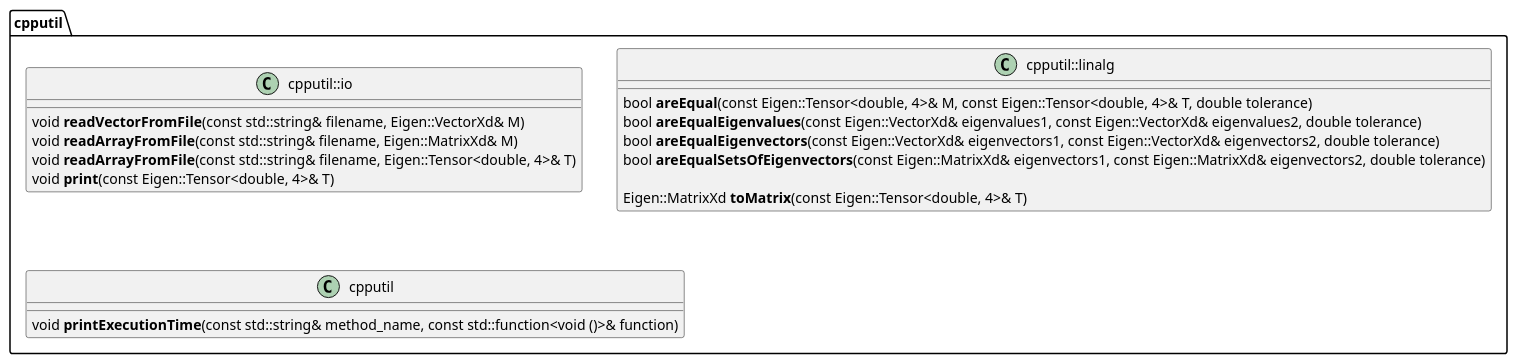
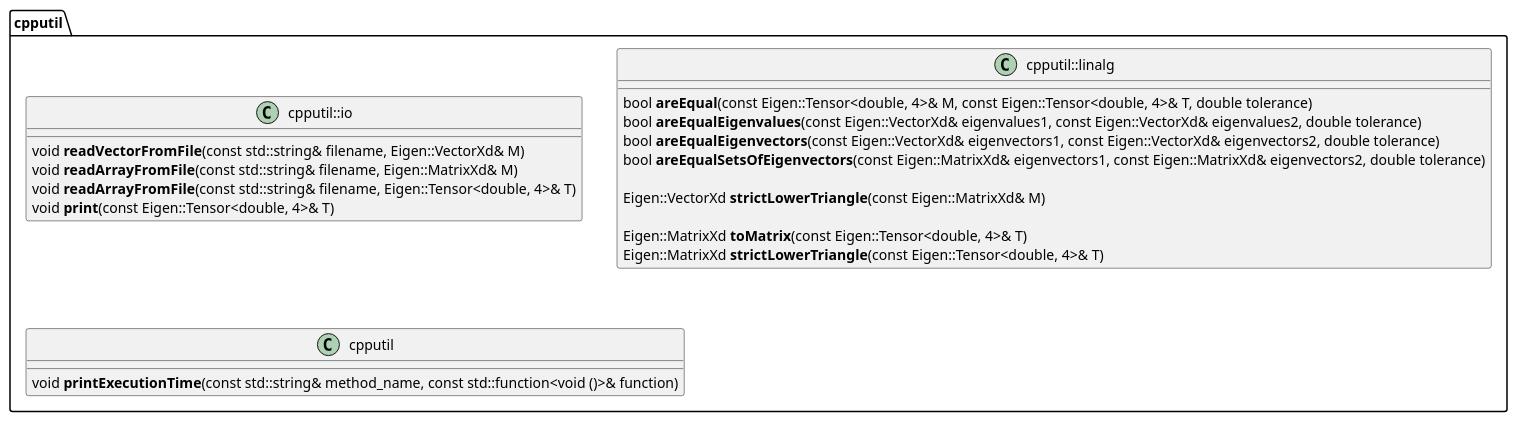
One commit to matt-chan/cpputil changed the diagram in docs/cpputil.puml. Above: the diagram before and after it, drawn with PlantUML. The commit also changed 1 other file, not shown here.

Commit message:
Update UML diagram.

```diff
--- a/docs/cpputil.puml
+++ b/docs/cpputil.puml
@@ -1,28 +1,31 @@
 @startuml
 
 
 namespace cpputil {
 
     class cpputil::io {
         void **readVectorFromFile**(const std::string& filename, Eigen::VectorXd& M)
         void **readArrayFromFile**(const std::string& filename, Eigen::MatrixXd& M)
         void **readArrayFromFile**(const std::string& filename, Eigen::Tensor<double, 4>& T)
         void **print**(const Eigen::Tensor<double, 4>& T)
     }
 
     class cpputil::linalg {
         bool **areEqual**(const Eigen::Tensor<double, 4>& M, const Eigen::Tensor<double, 4>& T, double tolerance)
         bool **areEqualEigenvalues**(const Eigen::VectorXd& eigenvalues1, const Eigen::VectorXd& eigenvalues2, double tolerance)
         bool **areEqualEigenvectors**(const Eigen::VectorXd& eigenvectors1, const Eigen::VectorXd& eigenvectors2, double tolerance)
         bool **areEqualSetsOfEigenvectors**(const Eigen::MatrixXd& eigenvectors1, const Eigen::MatrixXd& eigenvectors2, double tolerance)
 
+        Eigen::VectorXd **strictLowerTriangle**(const Eigen::MatrixXd& M)
+
         Eigen::MatrixXd **toMatrix**(const Eigen::Tensor<double, 4>& T)
+        Eigen::MatrixXd **strictLowerTriangle**(const Eigen::Tensor<double, 4>& T)
     }
 
     class cpputil {
         void **printExecutionTime**(const std::string& method_name, const std::function<void ()>& function)
     }
 
 }
 
 @enduml
```
